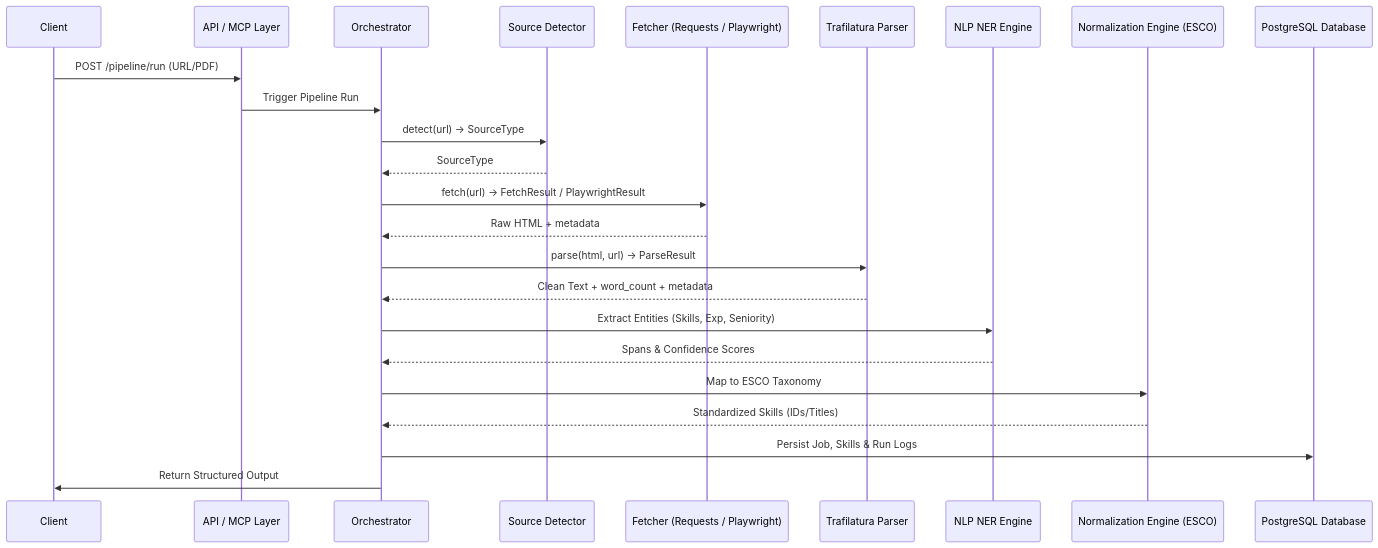
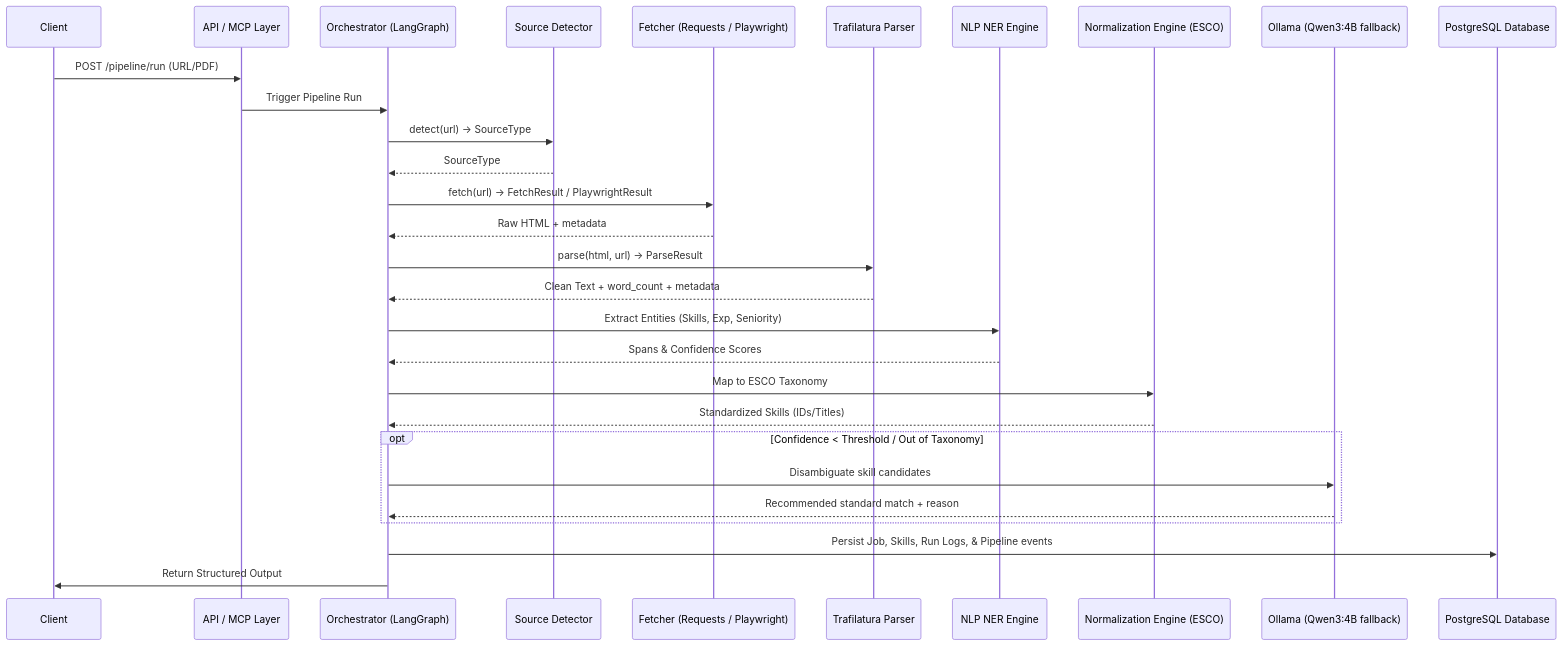
Before and after one commit to sbkxd/Job-Desription-Parser: the second of 5 diagrams in architecture.md, drawn with Mermaid. The commit also changed other lines of this file and 50 other files, not shown here.

````diff
--- a/architecture.md
+++ b/architecture.md
@@ -87,27 +97,32 @@
 ```mermaid
 sequenceDiagram
     participant Client
     participant API as API / MCP Layer
-    participant Orc as Orchestrator
+    participant Orc as Orchestrator (LangGraph)
     participant Det as Source Detector
     participant Fetch as Fetcher (Requests / Playwright)
     participant Parse as Trafilatura Parser
     participant NLP as NLP NER Engine
     participant Norm as Normalization Engine (ESCO)
+    participant Olla as Ollama (Qwen3:4B fallback)
     participant DB as PostgreSQL Database
 
     Client->>API: POST /pipeline/run (URL/PDF)
     API->>Orc: Trigger Pipeline Run
     Orc->>Det: detect(url) → SourceType
     Det-->>Orc: SourceType
     Orc->>Fetch: fetch(url) → FetchResult / PlaywrightResult
     Fetch-->>Orc: Raw HTML + metadata
     Orc->>Parse: parse(html, url) → ParseResult
     Parse-->>Orc: Clean Text + word_count + metadata
     Orc->>NLP: Extract Entities (Skills, Exp, Seniority)
     NLP-->>Orc: Spans & Confidence Scores
     Orc->>Norm: Map to ESCO Taxonomy
     Norm-->>Orc: Standardized Skills (IDs/Titles)
-    Orc->>DB: Persist Job, Skills & Run Logs
+    opt Confidence < Threshold / Out of Taxonomy
+        Orc->>Olla: Disambiguate skill candidates
+        Olla-->>Orc: Recommended standard match + reason
+    end
+    Orc->>DB: Persist Job, Skills, Run Logs, & Pipeline events
     Orc->>Client: Return Structured Output
 ```
````
